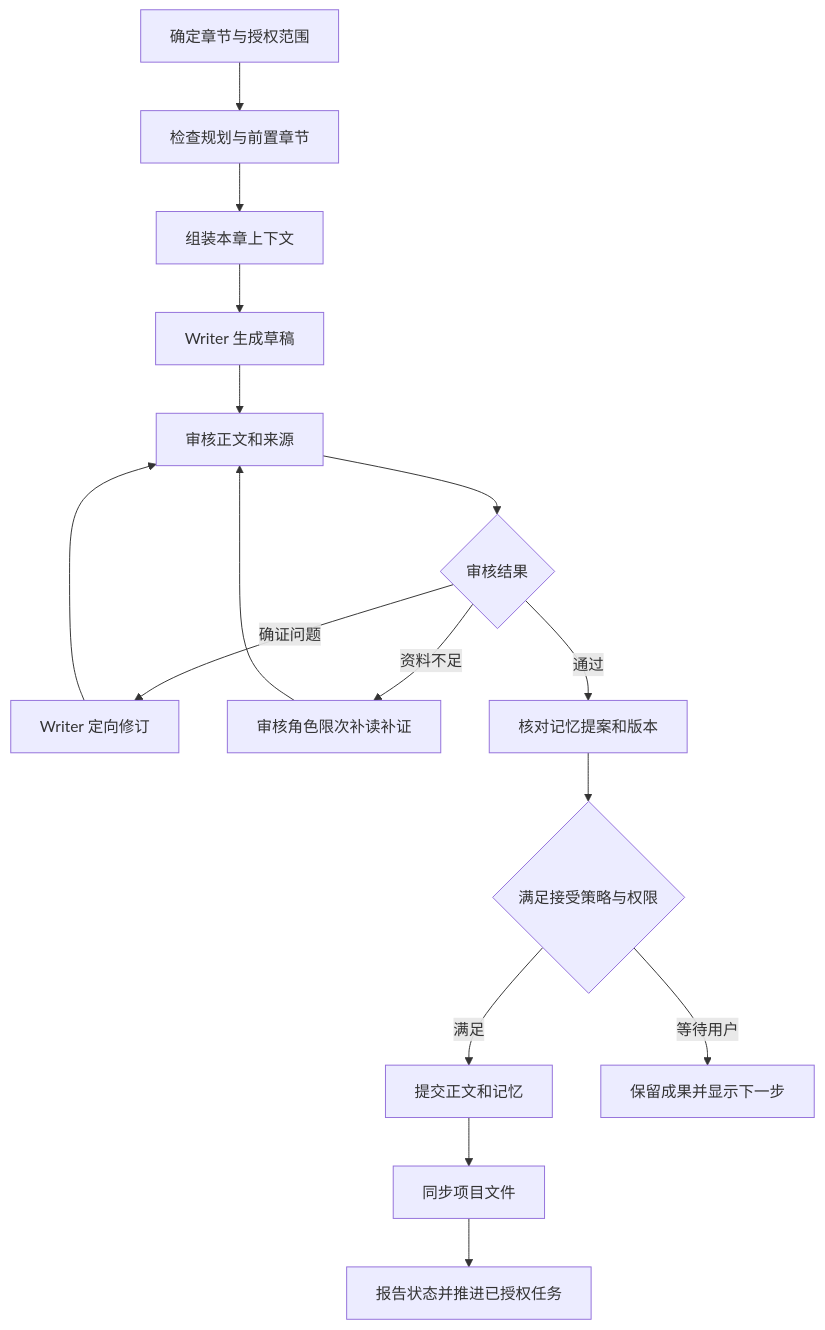
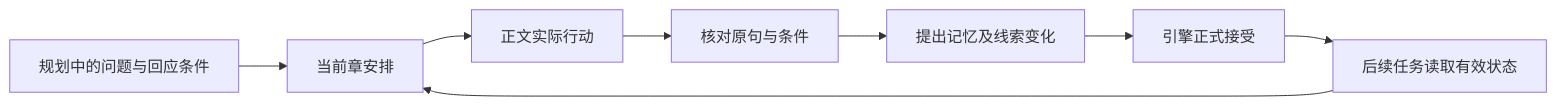
One commit to littlewinter320/inkflow changed the fifth of 8 diagrams in README.md. Above: the diagram before and after it, drawn with Mermaid. The commit also changed other lines of this file and 309 other files, not shown here.

````diff
--- a/README.md
+++ b/README.md
@@ -250,18 +704,10 @@
 ```mermaid
-flowchart TD
-    A[确定章节与授权范围] --> B[检查规划与前置章节]
-    B --> C[组装本章上下文]
-    C --> D[Writer 生成草稿]
-    D --> E[审核正文和来源]
-    E --> F{审核结果}
-    F -->|确证问题| G[Writer 定向修订]
-    G --> E
-    F -->|资料不足| H[审核角色限次补读补证]
-    H --> E
-    F -->|通过| I[核对记忆提案和版本]
-    I --> J{满足接受策略与权限}
-    J -->|满足| K[提交正文和记忆]
-    J -->|等待用户| L[保留成果并显示下一步]
-    K --> M[同步项目文件]
-    M --> N[报告状态并推进已授权任务]
+flowchart LR
+    A[规划中的问题与回应条件] --> B[当前章安排]
+    B --> C[正文实际行动]
+    C --> D[核对原句与条件]
+    D --> E[提出记忆及线索变化]
+    E --> F[引擎正式接受]
+    F --> G[后续任务读取有效状态]
+    G --> B
 ```
````
